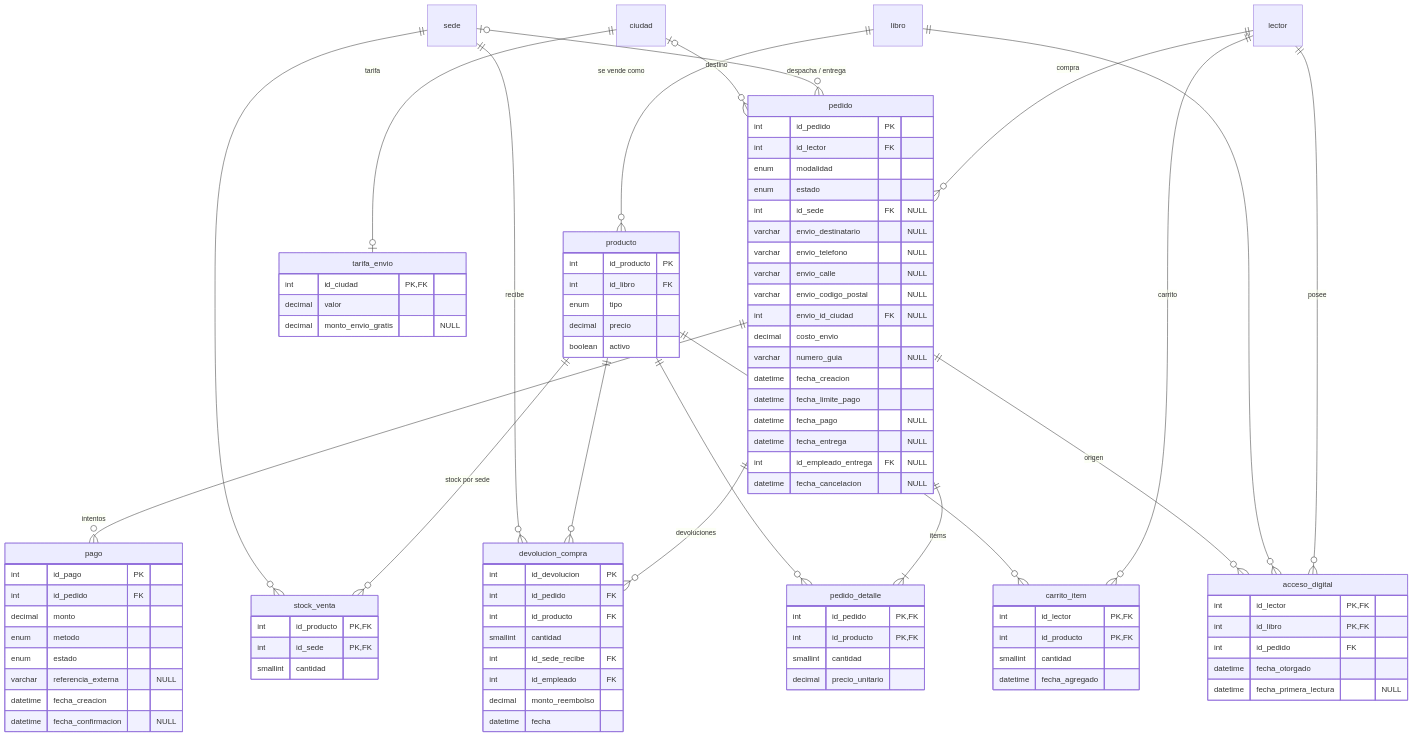
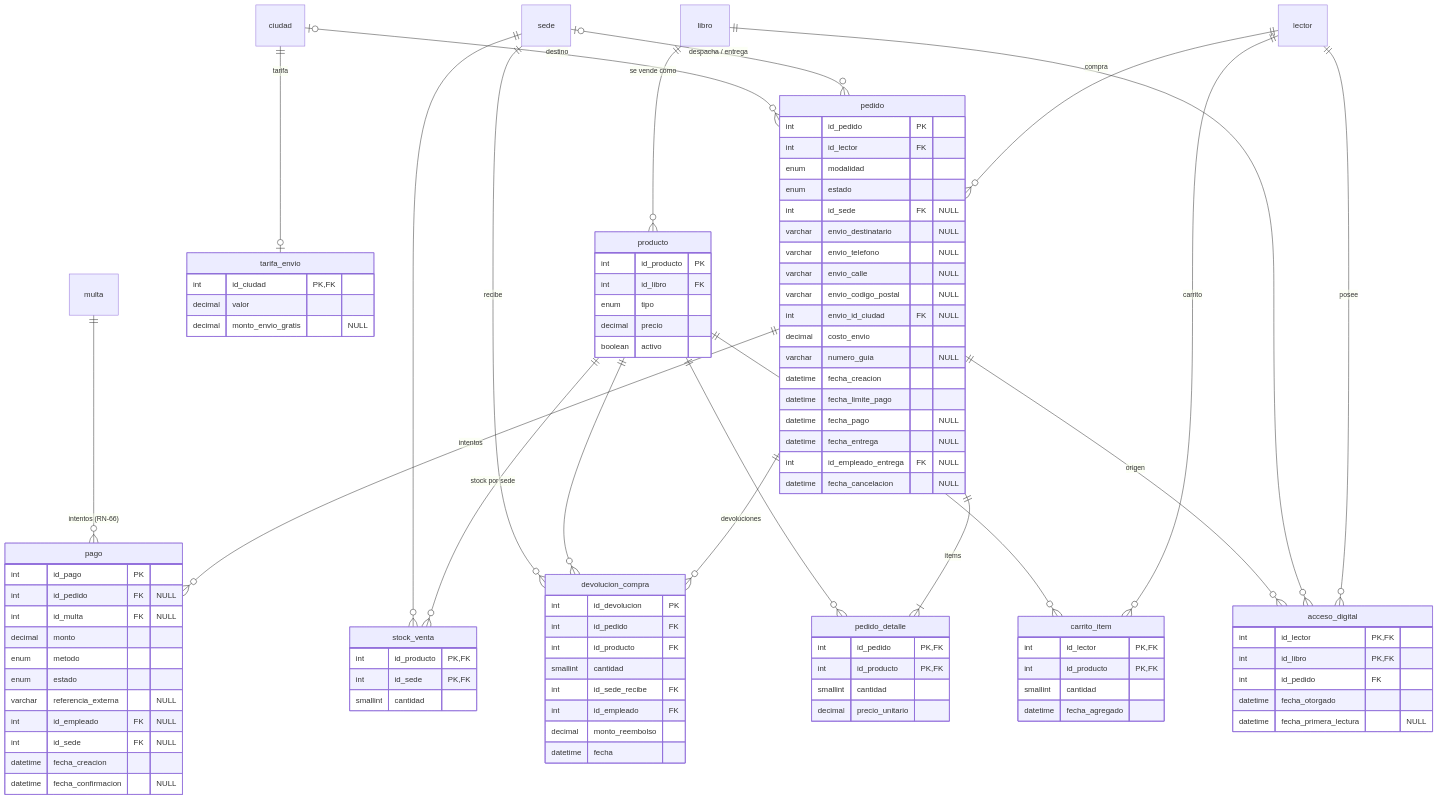
The fifth of 5 diagrams in docs/modelo-datos.md (Parzivalml-35/bibliotecaNext), drawn with Mermaid before and after one commit. The commit also changed other lines of this file and 39 other files, not shown here.

```diff
--- a/docs/modelo-datos.md
+++ b/docs/modelo-datos.md
@@ -511,6 +518,7 @@
     pedido ||--|{ pedido_detalle : "ítems"
     producto ||--o{ pedido_detalle : ""
     pedido ||--o{ pago : "intentos"
+    multa ||--o{ pago : "intentos (RN-66)"
     pedido ||--o{ devolucion_compra : "devoluciones"
     producto ||--o{ devolucion_compra : ""
     sede ||--o{ devolucion_compra : "recibe"
@@ -569,11 +577,14 @@
     }
     pago {
         int id_pago PK
-        int id_pedido FK
+        int id_pedido FK "NULL"
+        int id_multa FK "NULL"
         decimal monto
         enum metodo
         enum estado
         varchar referencia_externa "NULL"
+        int id_empleado FK "NULL"
+        int id_sede FK "NULL"
         datetime fecha_creacion
         datetime fecha_confirmacion "NULL"
     }
```
